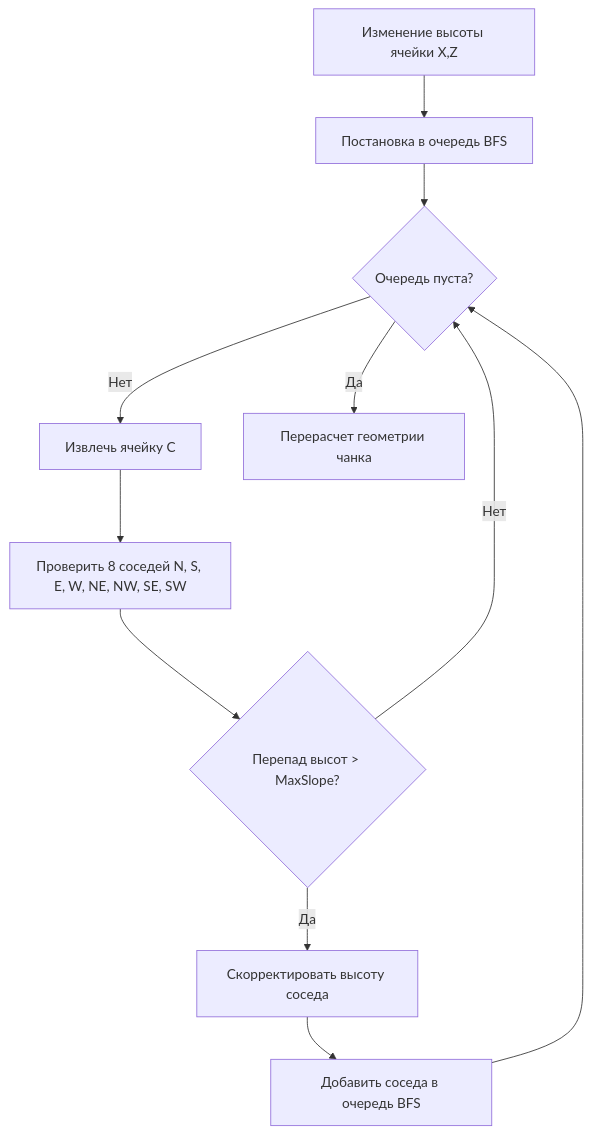
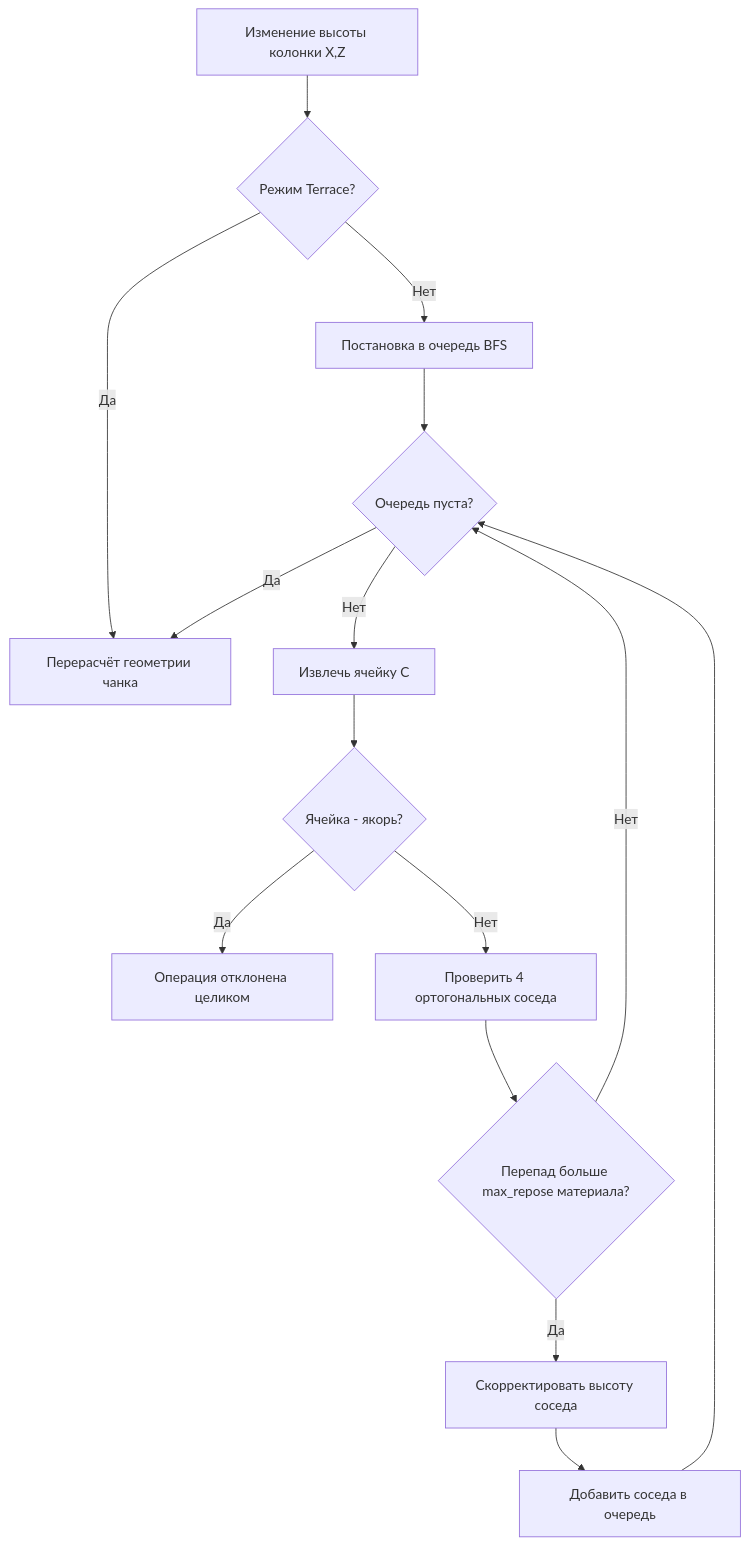
The diagram in design_docs/core/grid_terrain_system.md (bozonx/go-to-happyness), drawn with Mermaid before and after one commit. The commit also changed other lines of this file, not shown here.

````diff
--- a/design_docs/core/grid_terrain_system.md
+++ b/design_docs/core/grid_terrain_system.md
@@ -58,13 +161,17 @@
 ```mermaid
 graph TD
-    A[Изменение высоты ячейки X,Z] --> B[Постановка в очередь BFS]
+    A[Изменение высоты колонки X,Z] --> A2{Режим Terrace?}
+    A2 -- Да --> I[Перерасчёт геометрии чанка]
+    A2 -- Нет --> B[Постановка в очередь BFS]
     B --> C{Очередь пуста?}
     C -- Нет --> D[Извлечь ячейку C]
-    D --> E[Проверить 8 соседей N, S, E, W, NE, NW, SE, SW]
-    E --> F{Перепад высот > MaxSlope?}
+    D --> D2{Ячейка - якорь?}
+    D2 -- Да --> X[Операция отклонена целиком]
+    D2 -- Нет --> E[Проверить 4 ортогональных соседа]
+    E --> F{Перепад больше max_repose материала?}
     F -- Да --> G[Скорректировать высоту соседа]
-    G --> H[Добавить соседа в очередь BFS]
+    G --> H[Добавить соседа в очередь]
     H --> C
     F -- Нет --> C
-    C -- Да --> I[Перерасчет геометрии чанка]
+    C -- Да --> I
 ```
````
